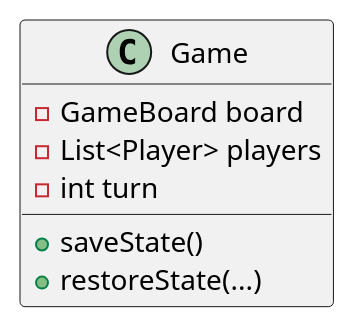
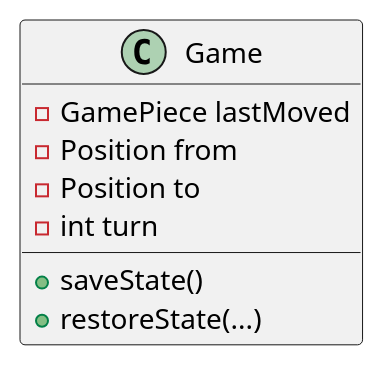
One commit to 20242-ifba-saj-ads-ppr/framework-equipe1 changed diagram 13 of 24 in README.md. Above: the diagram before and after it, drawn with PlantUML. The commit also changed other lines of this file and 1 other file, not shown here.

````diff
--- a/README.md
+++ b/README.md
@@ -783,12 +791,13 @@
 ```plantuml
 @startuml
 class Game {
-  -GameBoard board
-  -List<Player> players
+  -GamePiece lastMoved
+  -Position from
+  -Position to
   -int turn
 
   +saveState()
   +restoreState(...)
 }
 @enduml
 ```
````
